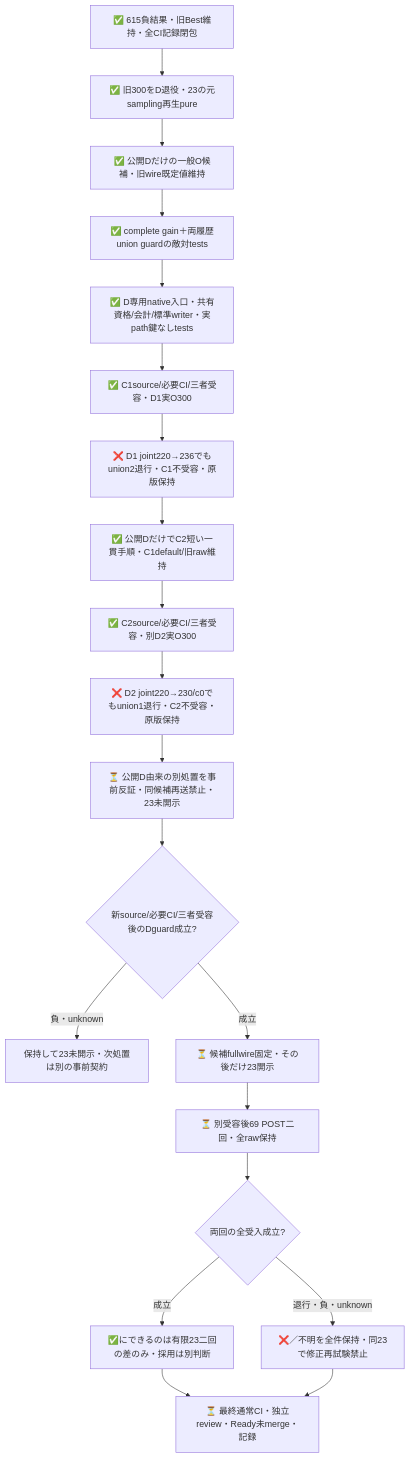
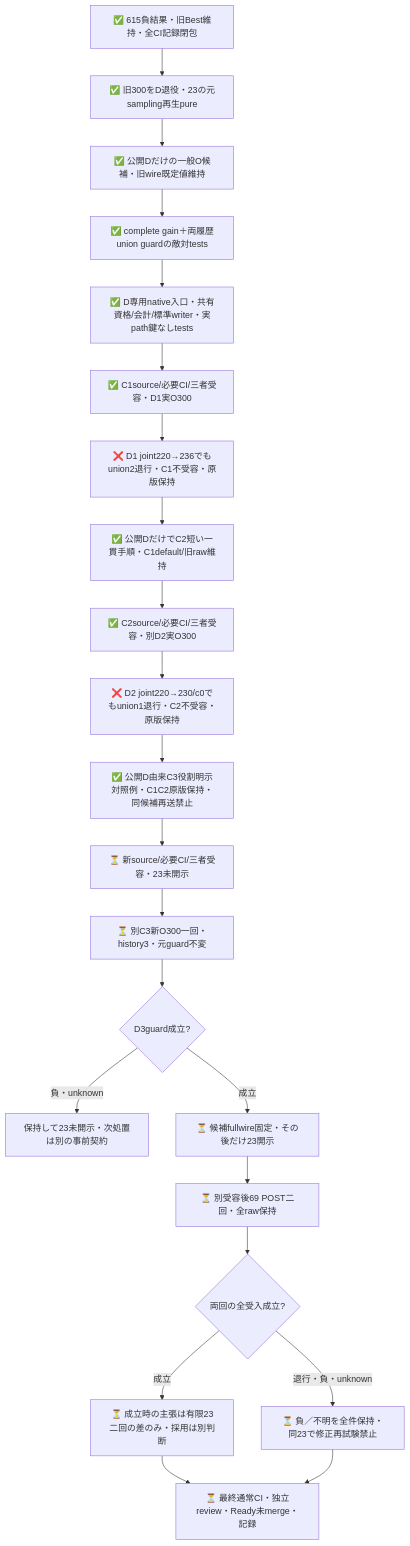
Before and after one commit to roccho-org/ops: the second of 2 diagrams in experiments/sys1-eval-loop/reserve/README.md, drawn with Mermaid. The commit also changed other lines of this file and 8 other files, not shown here.

````diff
--- a/experiments/sys1-eval-loop/reserve/README.md
+++ b/experiments/sys1-eval-loop/reserve/README.md
@@ -60,22 +74,24 @@
 ```mermaid
 flowchart TB
   OLD[✅ 615負結果・旧Best維持・全CI記録閉包] --> D[✅ 旧300をD退役・23の元sampling再生pure]
   D --> C[✅ 公開Dだけの一般O候補・旧wire既定値維持]
   C --> T[✅ complete gain＋両履歴union guardの敵対tests]
   T --> ENTRY[✅ D専用native入口・共有資格/会計/標準writer・実path鍵なしtests]
   ENTRY --> LIVE[✅ C1source/必要CI/三者受容・D1実O300]
   LIVE --> STOP[❌ D1 joint220→236でもunion2退行・C1不受容・原版保持]
   STOP --> NEXT[✅ 公開DだけでC2短い一貫手順・C1default/旧raw維持]
   NEXT --> D2[✅ C2source/必要CI/三者受容・別D2実O300]
   D2 --> STOP2[❌ D2 joint220→230/c0でもunion1退行・C2不受容・原版保持]
-  STOP2 --> NEW[⏳ 公開D由来の別処置を事前反証・同候補再送禁止・23未開示]
-  NEW --> G{新source/必要CI/三者受容後のDguard成立?}
+  STOP2 --> NEW[✅ 公開D由来C3役割明示対照例・C1C2原版保持・同候補再送禁止]
+  NEW --> REVIEW3[⏳ 新source/必要CI/三者受容・23未開示]
+  REVIEW3 --> D3[⏳ 別C3新O300一回・history3・元guard不変]
+  D3 --> G{D3guard成立?}
   G -->|負・unknown| HOLD[保持して23未開示・次処置は別の事前契約]
   G -->|成立| FREEZE[⏳ 候補fullwire固定・その後だけ23開示]
   FREEZE --> H[⏳ 別受容後69 POST二回・全raw保持]
   H --> A{両回の全受入成立?}
-  A -->|成立| FIN[✅にできるのは有限23二回の差のみ・採用は別判断]
-  A -->|退行・負・unknown| NEG[❌／不明を全件保持・同23で修正再試験禁止]
+  A -->|成立| FIN[⏳ 成立時の主張は有限23二回の差のみ・採用は別判断]
+  A -->|退行・負・unknown| NEG[⏳ 負／不明を全件保持・同23で修正再試験禁止]
   FIN --> CLOSE[⏳ 最終通常CI・独立review・Ready未merge・記録]
   NEG --> CLOSE
 ```
````
